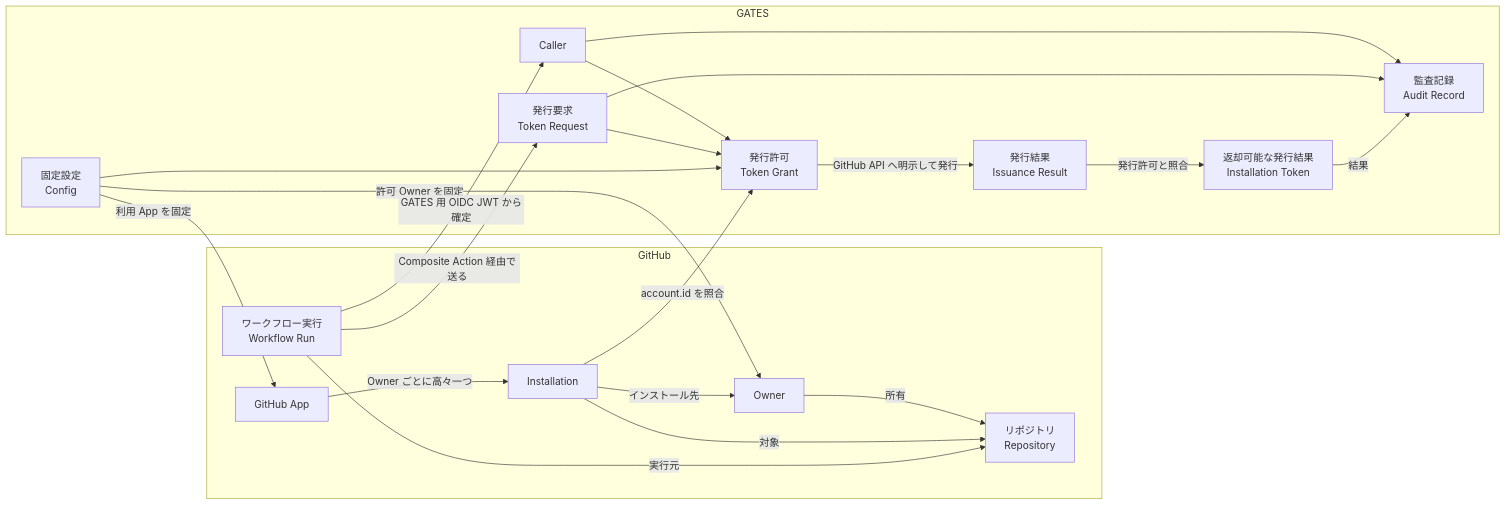
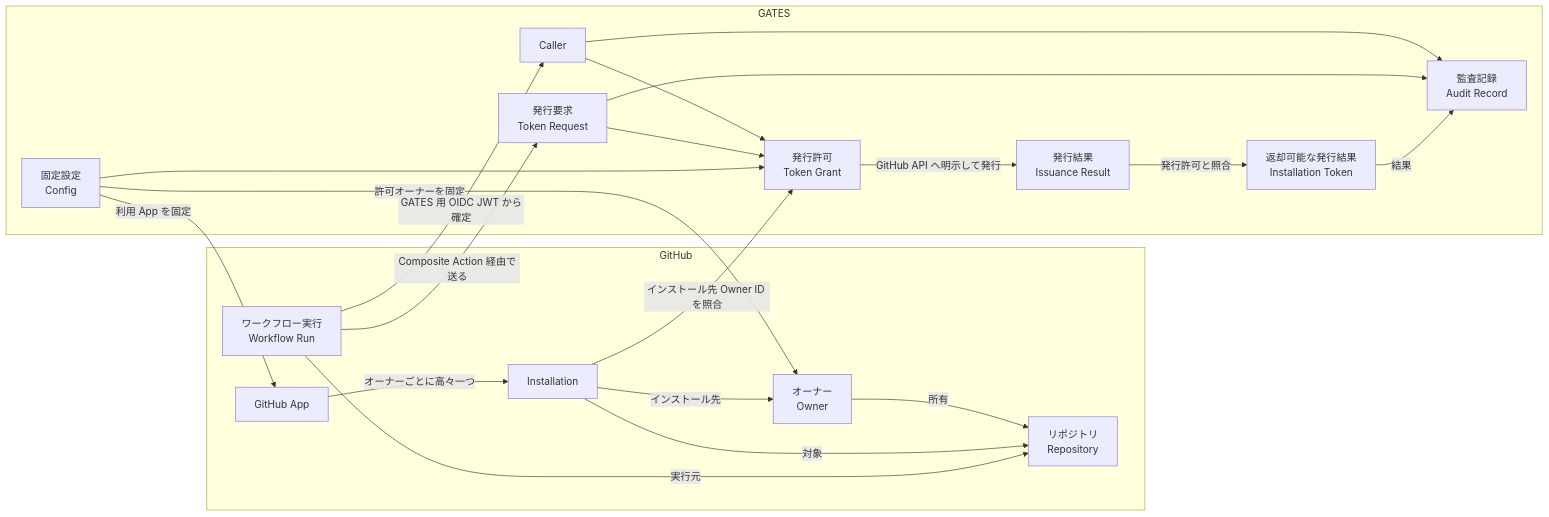
The first of 3 diagrams in docs/design/domain.md (tmknom/gates), drawn with Mermaid before and after one commit. The commit also changed other lines of this file and 6 other files, not shown here.

````diff
--- a/docs/design/domain.md
+++ b/docs/design/domain.md
@@ -171,37 +182,37 @@
 ```mermaid
 flowchart LR
   subgraph GitHub
-    O[Owner]
+    O[オーナー<br/>Owner]
     R[リポジトリ<br/>Repository]
     APP[GitHub App]
     INS[Installation]
     WF[ワークフロー実行<br/>Workflow Run]
   end
   subgraph GATES
     CFG[固定設定<br/>Config]
     C[Caller]
     REQ[発行要求<br/>Token Request]
     G[発行許可<br/>Token Grant]
     RES[発行結果<br/>Issuance Result]
     IT[返却可能な発行結果<br/>Installation Token]
     AUD[監査記録<br/>Audit Record]
   end
   O -->|所有| R
-  APP -->|Owner ごとに高々一つ| INS
+  APP -->|オーナーごとに高々一つ| INS
   INS -->|インストール先| O
   INS -->|対象| R
   WF -->|実行元| R
-  CFG -->|許可 Owner を固定| O
+  CFG -->|許可オーナーを固定| O
   CFG -->|利用 App を固定| APP
   WF -->|GATES 用 OIDC JWT から確定| C
   WF -->|Composite Action 経由で送る| REQ
   C --> G
   REQ --> G
   CFG --> G
-  INS -->|account.id を照合| G
+  INS -->|インストール先 Owner ID を照合| G
   G -->|GitHub API へ明示して発行| RES
   RES -->|発行許可と照合| IT
   C --> AUD
   REQ --> AUD
   IT -->|結果| AUD
 ```
````
